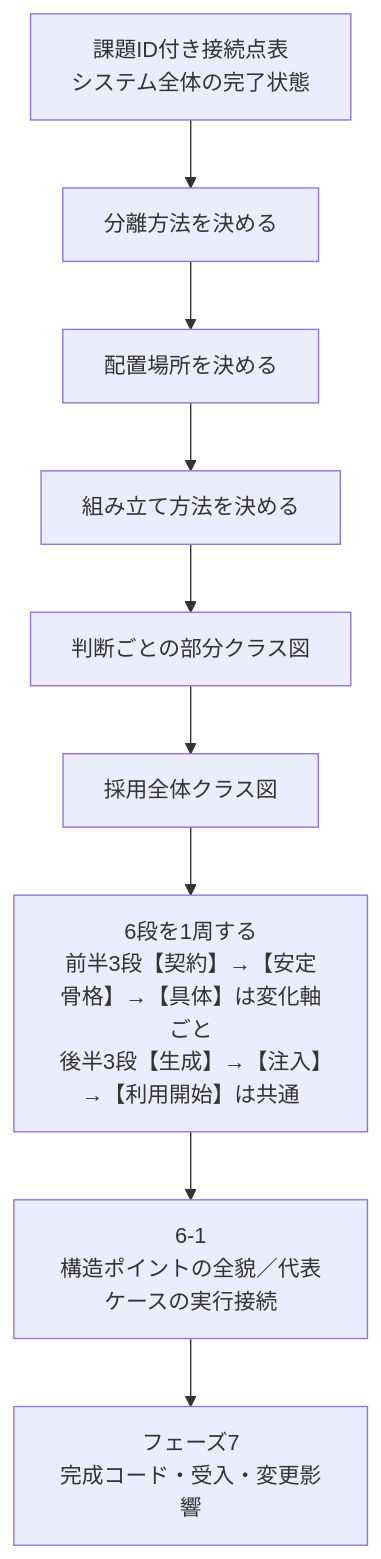
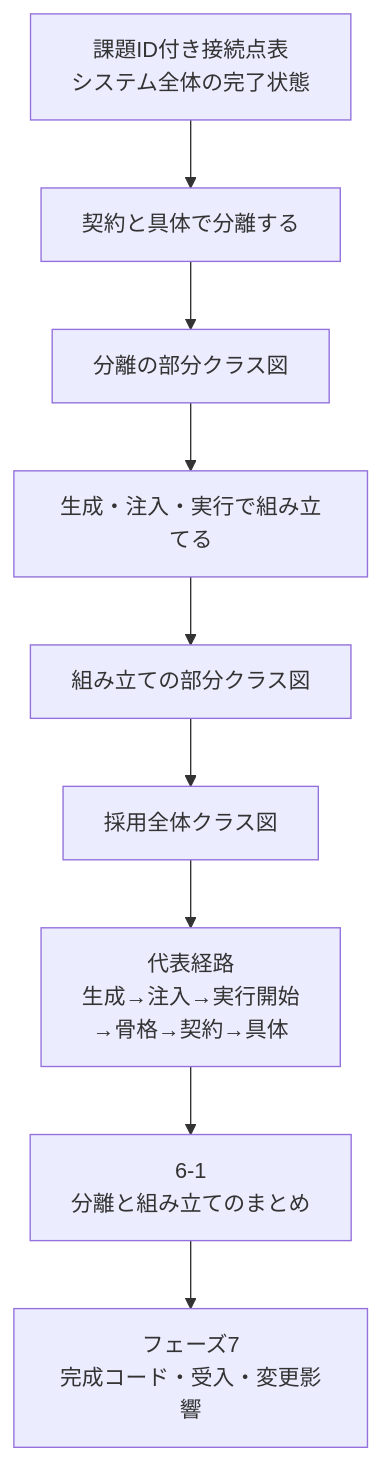
One commit to kumachan1101-pixel/DesignPattern changed the eighth of 9 diagrams in kindle/design-patterns/output/chapter00_2.md. Above: the diagram before and after it, drawn with Mermaid. The commit also changed other lines of this file and 28 other files, not shown here.

Commit message:
docs: simplify phase 6 design flow

````diff
--- a/kindle/design-patterns/output/chapter00_2.md
+++ b/kindle/design-patterns/output/chapter00_2.md
@@ -1043,15 +1058,15 @@
 ```mermaid
 flowchart TB
     A["課題ID付き接続点表<br/>システム全体の完了状態"]
-    B["分離方法を決める"]
-    C["配置場所を決める"]
-    D["組み立て方法を決める"]
-    E["判断ごとの部分クラス図"]
+    B["契約と具体で分離する"]
+    C["分離の部分クラス図"]
+    D["生成・注入・実行で組み立てる"]
+    E["組み立ての部分クラス図"]
     F["採用全体クラス図"]
-    G1["6段を1周する<br/>前半3段【契約】→【安定骨格】→【具体】は変化軸ごと<br/>後半3段【生成】→【注入】→【利用開始】は共通"]
-    G2["6-1<br/>構造ポイントの全貌／代表ケースの実行接続"]
+    G1["代表経路<br/>生成→注入→実行開始<br/>→骨格→契約→具体"]
+    G2["6-1<br/>分離と組み立てのまとめ"]
     H["フェーズ7<br/>完成コード・受入・変更影響"]
 
     A --> B --> C --> D --> E --> F
     F --> G1 --> G2 --> H
 ```
````
